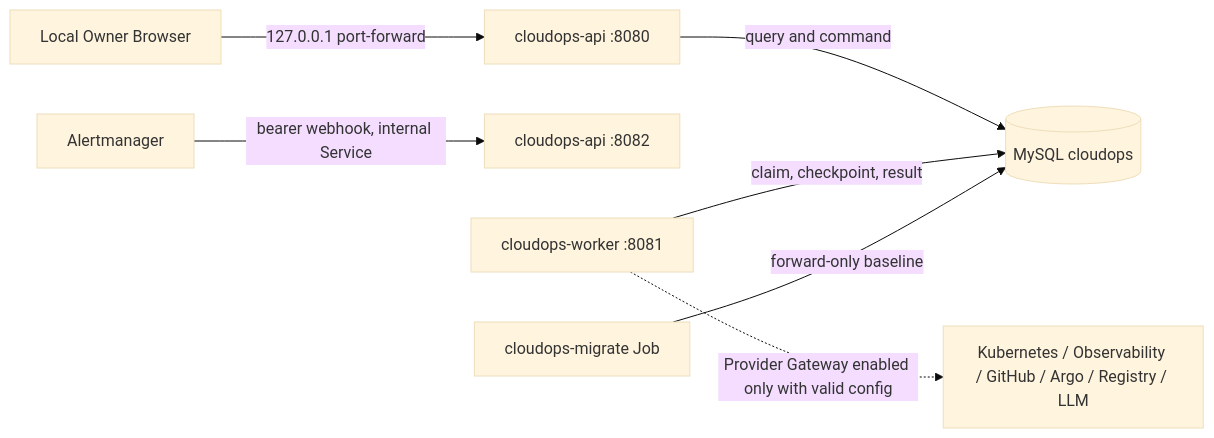
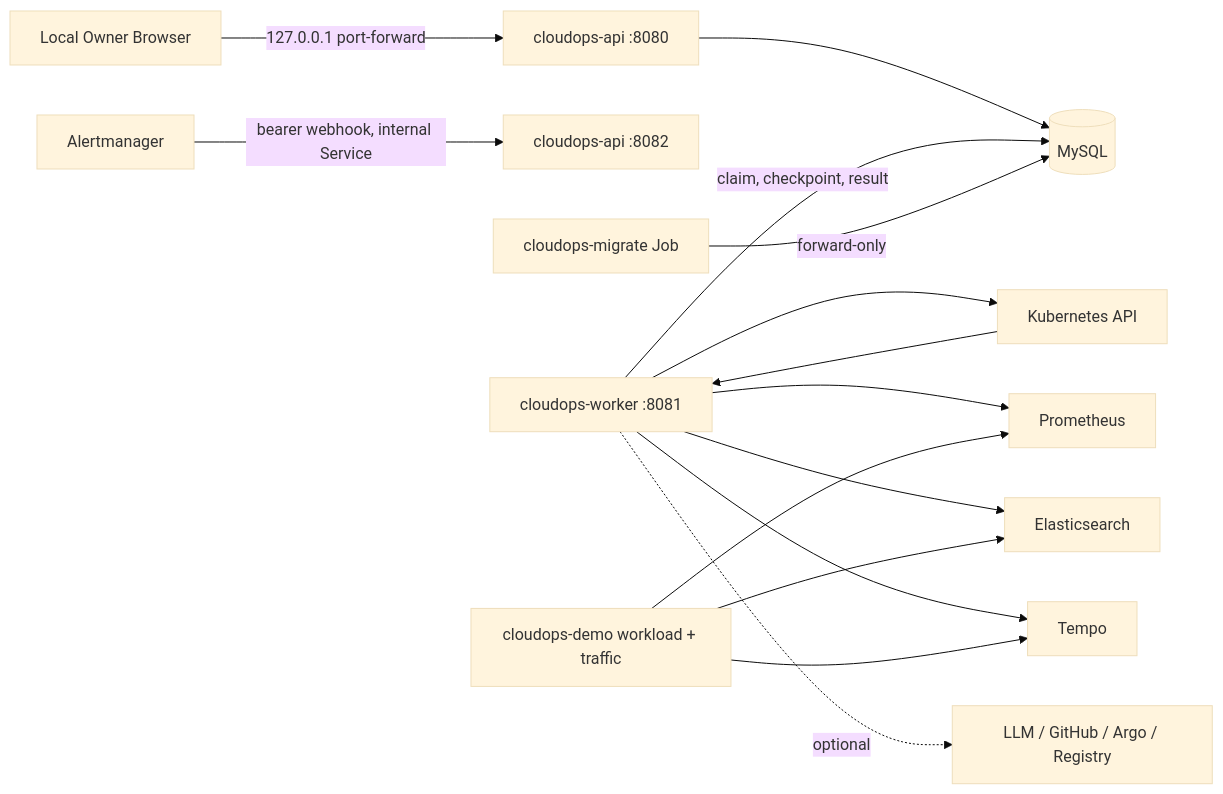
The diagram in docs/architecture.md (05allan1213/CloudOps-Copilot), drawn with Mermaid (base theme) before and after one commit. The commit also changed other lines of this file and 163 other files, not shown here.

````diff
--- a/docs/architecture.md
+++ b/docs/architecture.md
@@ -7,9 +7,17 @@
 ```mermaid
 flowchart LR
     Browser[Local Owner Browser] -->|127.0.0.1 port-forward| API[cloudops-api :8080]
     Alertmanager[Alertmanager] -->|bearer webhook, internal Service| Ingress[cloudops-api :8082]
-    API -->|query and command| MySQL[(MySQL cloudops)]
+    API --> MySQL[(MySQL)]
     Worker[cloudops-worker :8081] -->|claim, checkpoint, result| MySQL
-    Worker -. Provider Gateway enabled only with valid config .-> Providers[Kubernetes / Observability / GitHub / Argo / Registry / LLM]
-    Migrate[cloudops-migrate Job] -->|forward-only baseline| MySQL
+    Worker --> K8s[Kubernetes API]
+    Worker --> Metrics[Prometheus]
+    Worker --> Logs[Elasticsearch]
+    Worker --> Traces[Tempo]
+    Worker -. optional .-> External[LLM / GitHub / Argo / Registry]
+    Demo[cloudops-demo workload + traffic] --> Metrics
+    Demo --> Logs
+    Demo --> Traces
+    K8s --> Worker
+    Migrate[cloudops-migrate Job] -->|forward-only| MySQL
 ```
````
